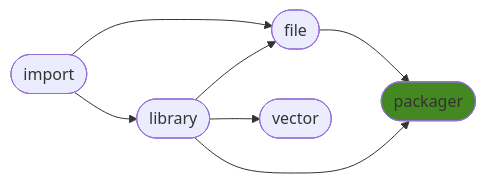
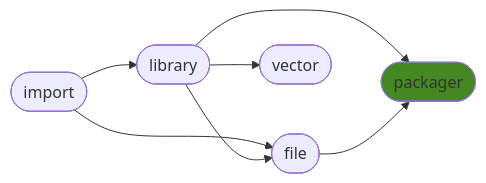
Before and after one commit to ManderaGeneral/generalpackager: the diagram in README.md, drawn with Mermaid. The commit also changed other lines of this file, not shown here.

````diff
--- a/README.md
+++ b/README.md
@@ -24,15 +24,15 @@
 ```mermaid
 flowchart LR
+1([library]) --> 3([vector])
+1([library]) --> 4([packager])
 0([import]) --> 2([file])
+1([library]) --> 2([file])
 0([import]) --> 1([library])
 2([file]) --> 4([packager])
-1([library]) --> 4([packager])
-1([library]) --> 2([file])
-1([library]) --> 3([vector])
 click 0 "https://github.com/ManderaGeneral/generalimport"
 click 1 "https://github.com/ManderaGeneral/generallibrary"
 click 2 "https://github.com/ManderaGeneral/generalfile"
 click 3 "https://github.com/ManderaGeneral/generalvector"
 click 4 "https://github.com/ManderaGeneral/generalpackager"
 style 4 fill:#482
 ```
````
